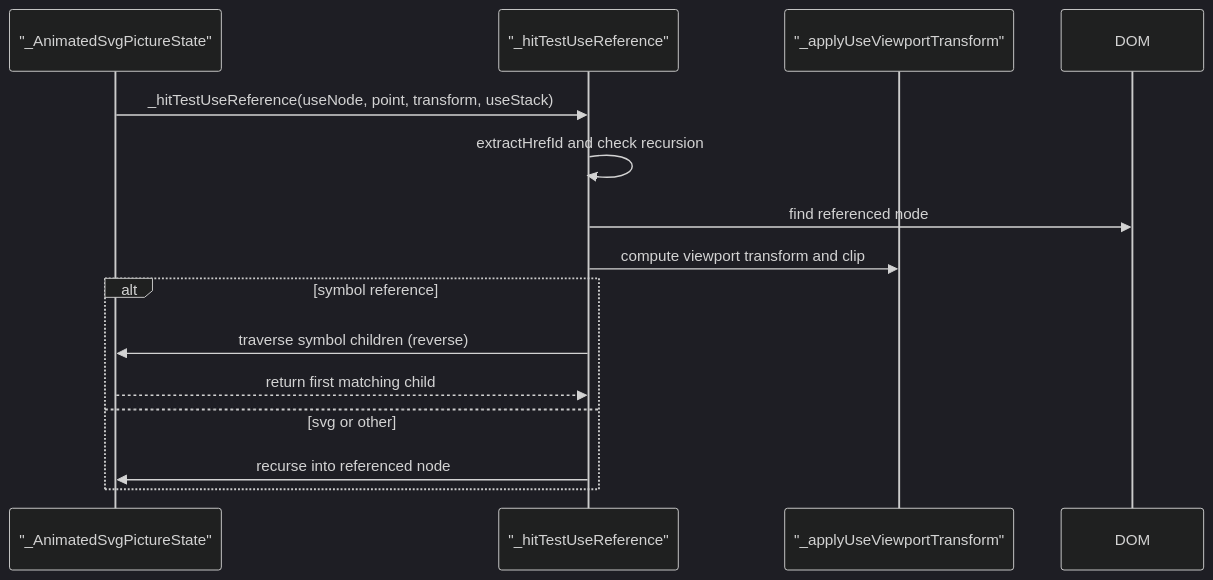
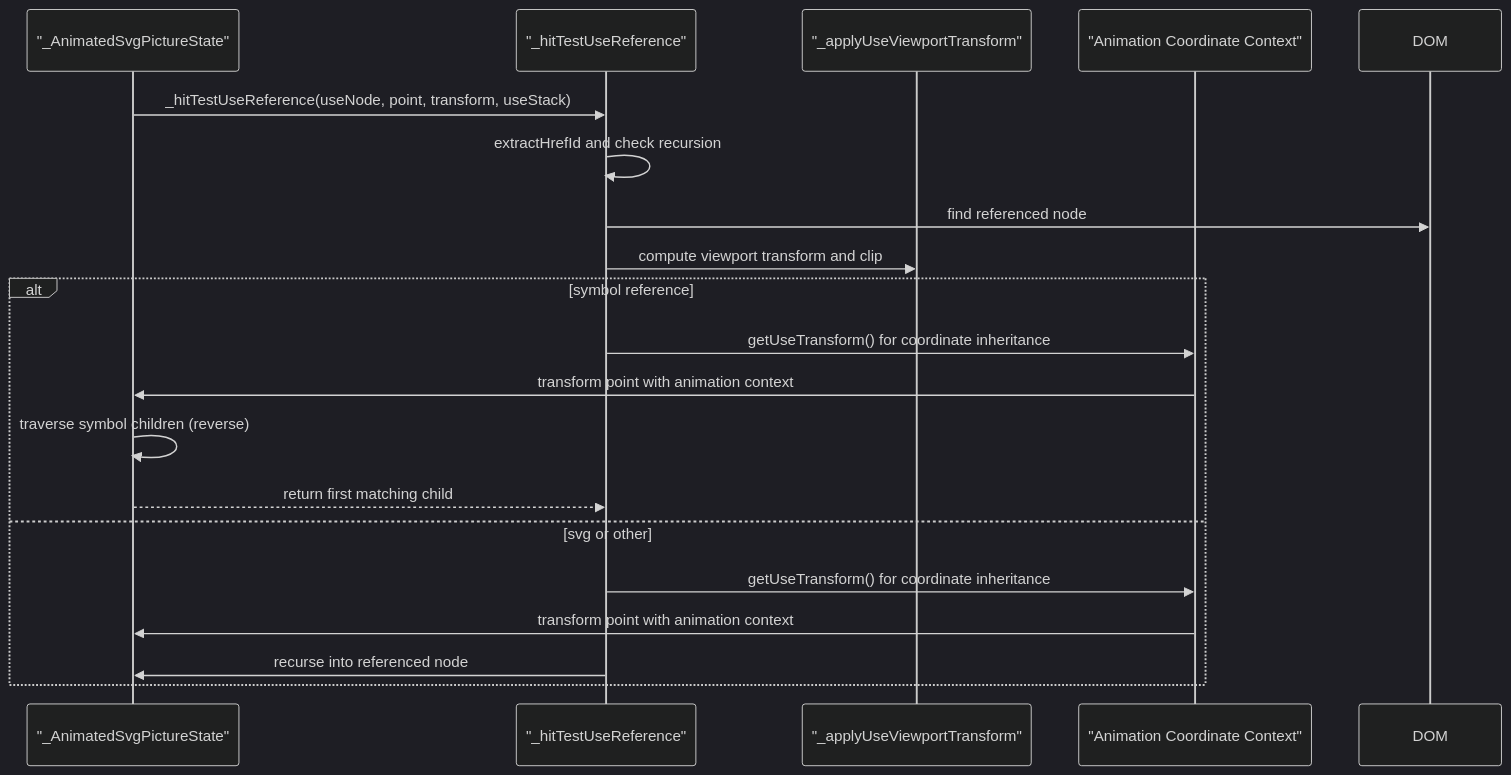
One commit to denisnadey/flutter_full_svg_support changed the eighth of 10 diagrams in .qoder/repowiki/en/content/Advanced Features/Use Element Symbol Inheritance.md. Above: the diagram before and after it, drawn with Mermaid (dark theme). The commit also changed other lines of this file and 20 other files, not shown here.

````diff
--- a/.qoder/repowiki/en/content/Advanced Features/Use Element Symbol Inheritance.md
+++ b/.qoder/repowiki/en/content/Advanced Features/Use Element Symbol Inheritance.md
@@ -308,16 +356,21 @@
 ```mermaid
 sequenceDiagram
 participant HT as "_AnimatedSvgPictureState"
 participant UseHT as "_hitTestUseReference"
 participant SymHT as "_applyUseViewportTransform"
+participant AnimCtx as "Animation Coordinate Context"
 HT->>UseHT : _hitTestUseReference(useNode, point, transform, useStack)
 UseHT->>UseHT : extractHrefId and check recursion
 UseHT->>DOM : find referenced node
 UseHT->>SymHT : compute viewport transform and clip
 alt symbol reference
-UseHT->>HT : traverse symbol children (reverse)
+UseHT->>AnimCtx : getUseTransform() for coordinate inheritance
+AnimCtx->>HT : transform point with animation context
+HT->>HT : traverse symbol children (reverse)
 HT-->>UseHT : return first matching child
 else svg or other
+UseHT->>AnimCtx : getUseTransform() for coordinate inheritance
+AnimCtx->>HT : transform point with animation context
 UseHT->>HT : recurse into referenced node
 end
 ```
````
